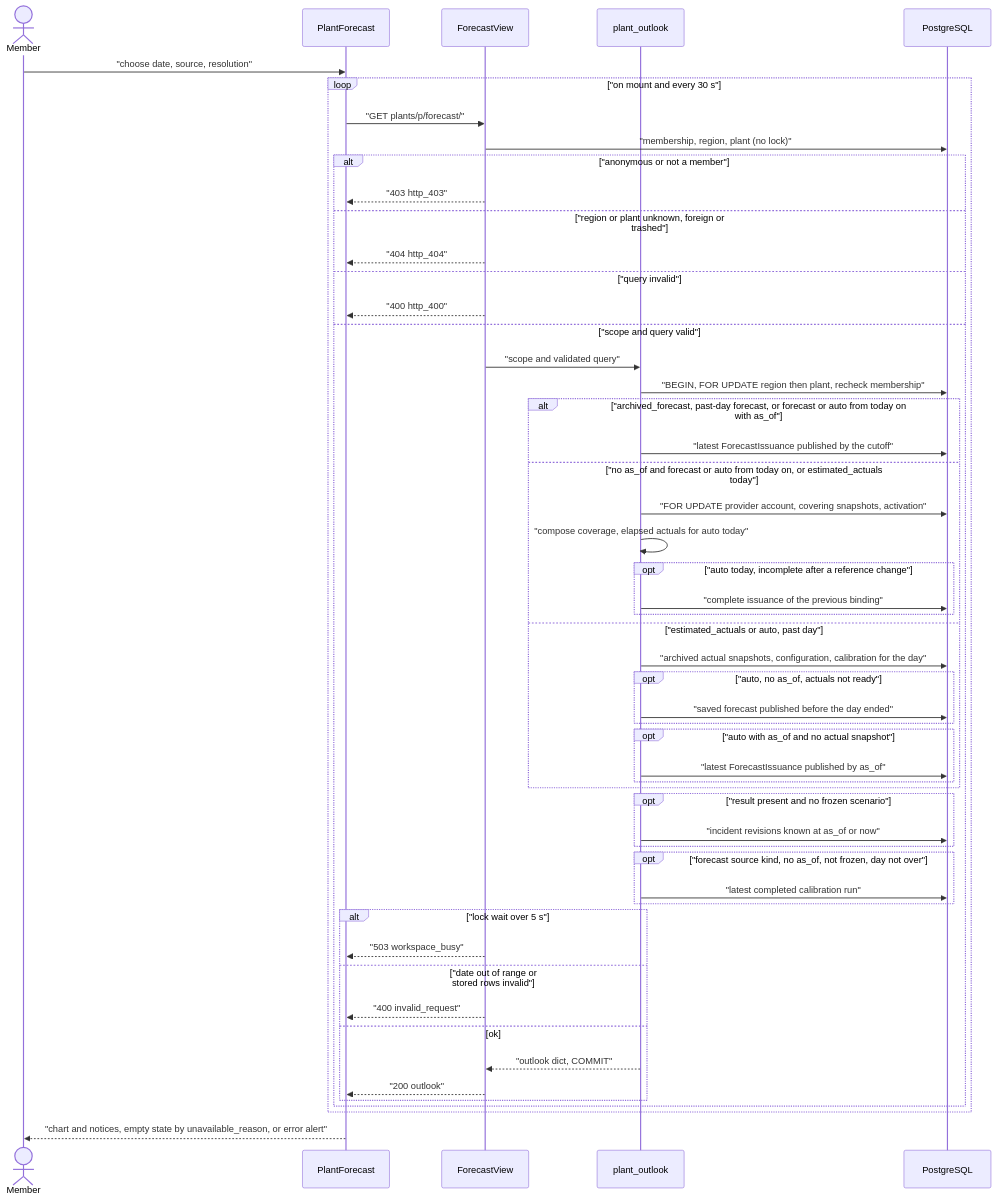
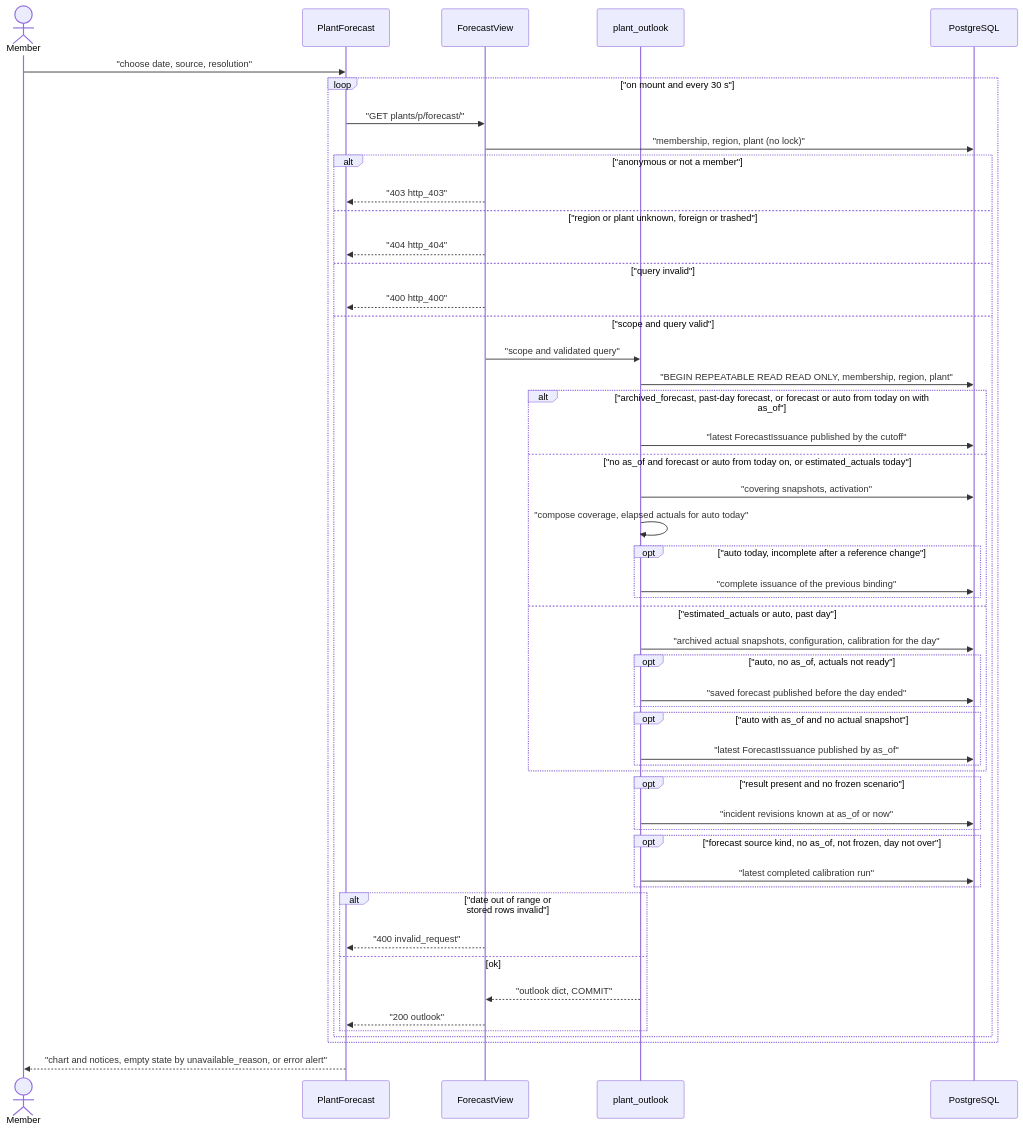
Before and after one commit to erkurtharun/pyracast: the diagram in docs/flows/forecast-view.md, drawn with Mermaid. The commit also changed other lines of this file and 16 other files, not shown here.

First line of the commit message:
Read forecasts on one read-only snapshot without row locks (#26)

````diff
--- a/docs/flows/forecast-view.md
+++ b/docs/flows/forecast-view.md
@@ -13,55 +13,53 @@
 ```mermaid
 sequenceDiagram
     actor U as Member
     participant S as PlantForecast
     participant V as ForecastView
     participant O as plant_outlook
     participant DB as PostgreSQL
     U->>S: "choose date, source, resolution"
     loop "on mount and every 30 s"
         S->>V: "GET plants/p/forecast/"
         V->>DB: "membership, region, plant (no lock)"
         alt "anonymous or not a member"
             V-->>S: "403 http_403"
         else "region or plant unknown, foreign or trashed"
             V-->>S: "404 http_404"
         else "query invalid"
             V-->>S: "400 http_400"
         else "scope and query valid"
             V->>O: "scope and validated query"
-            O->>DB: "BEGIN, FOR UPDATE region then plant, recheck membership"
+            O->>DB: "BEGIN REPEATABLE READ READ ONLY, membership, region, plant"
             alt "archived_forecast, past-day forecast, or forecast or auto from today on with as_of"
                 O->>DB: "latest ForecastIssuance published by the cutoff"
             else "no as_of and forecast or auto from today on, or estimated_actuals today"
-                O->>DB: "FOR UPDATE provider account, covering snapshots, activation"
+                O->>DB: "covering snapshots, activation"
                 O->>O: "compose coverage, elapsed actuals for auto today"
                 opt "auto today, incomplete after a reference change"
                     O->>DB: "complete issuance of the previous binding"
                 end
             else "estimated_actuals or auto, past day"
                 O->>DB: "archived actual snapshots, configuration, calibration for the day"
                 opt "auto, no as_of, actuals not ready"
                     O->>DB: "saved forecast published before the day ended"
                 end
                 opt "auto with as_of and no actual snapshot"
                     O->>DB: "latest ForecastIssuance published by as_of"
                 end
             end
             opt "result present and no frozen scenario"
                 O->>DB: "incident revisions known at as_of or now"
             end
             opt "forecast source kind, no as_of, not frozen, day not over"
                 O->>DB: "latest completed calibration run"
             end
-            alt "lock wait over 5 s"
-                V-->>S: "503 workspace_busy"
-            else "date out of range or stored rows invalid"
+            alt "date out of range or stored rows invalid"
                 V-->>S: "400 invalid_request"
             else ok
                 O-->>V: "outlook dict, COMMIT"
                 V-->>S: "200 outlook"
             end
         end
     end
     S-->>U: "chart and notices, empty state by unavailable_reason, or error alert"
 ```
````
